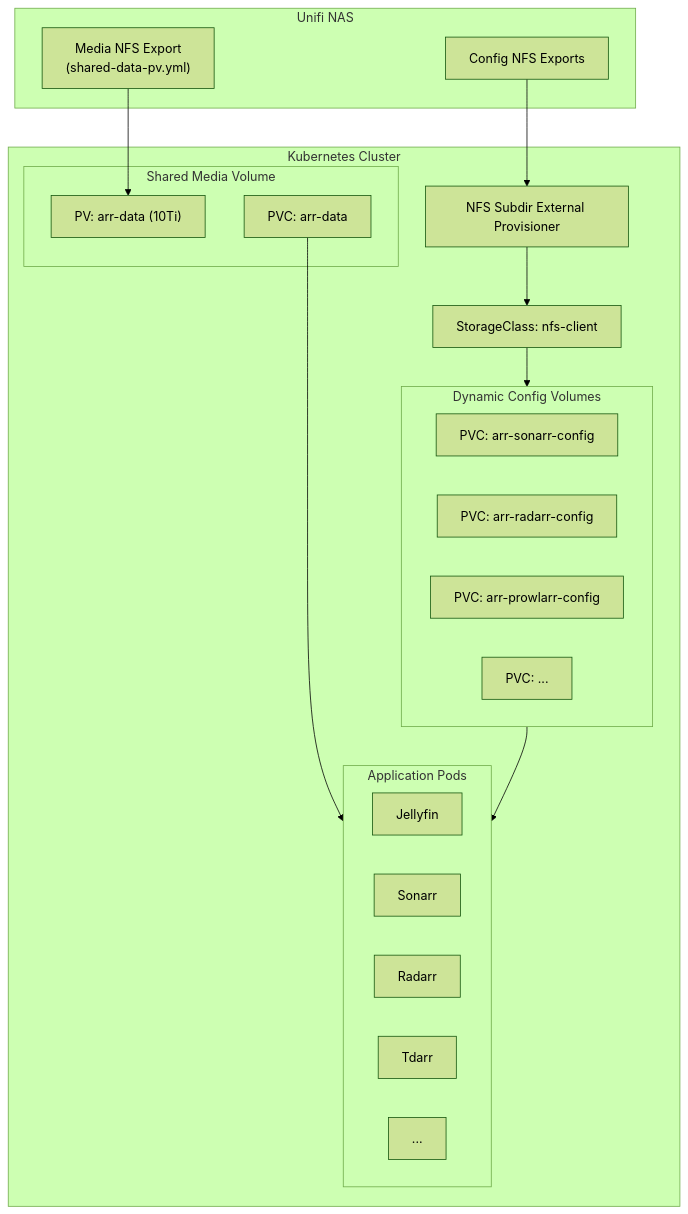
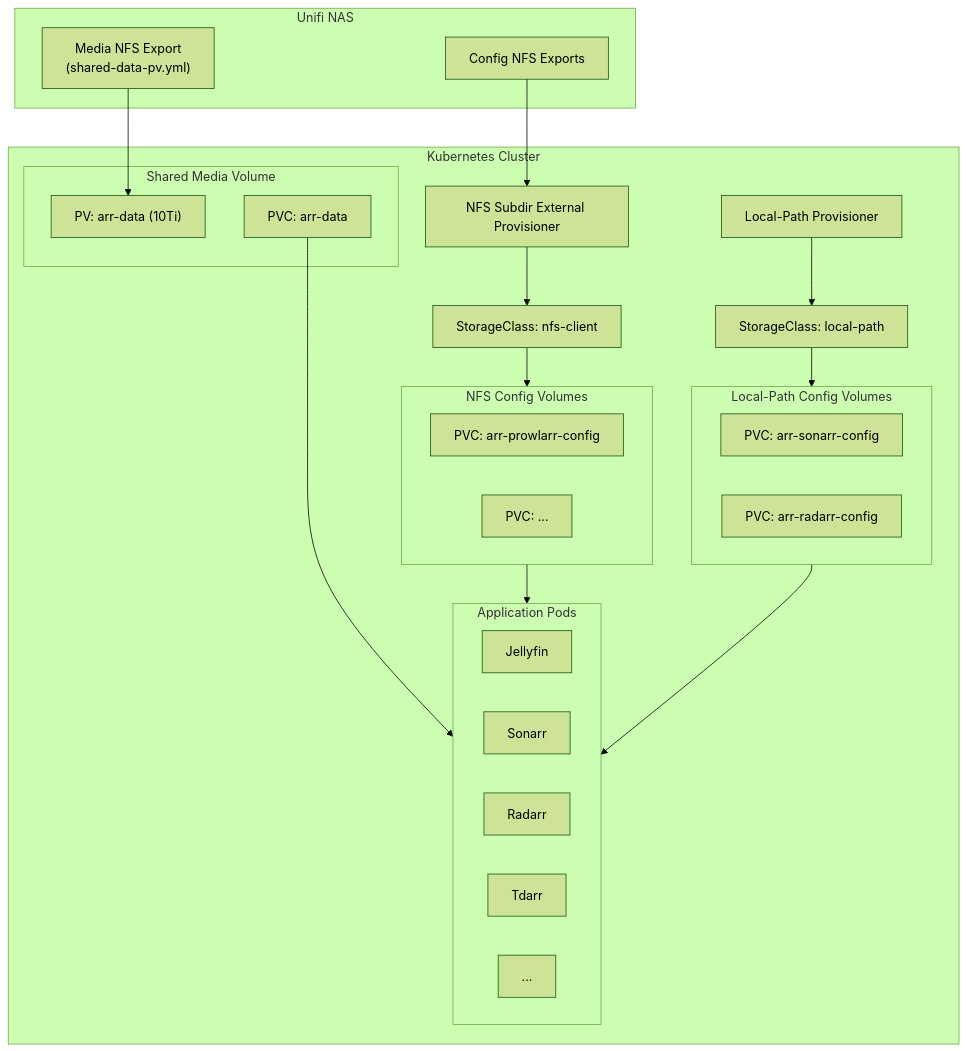
The diagram in docs/architecture/storage.md (kyleseneker/homelab), drawn with Mermaid (forest theme) before and after one commit. The commit also changed other lines of this file and 2 other files, not shown here.

Commit message:
docs: update storage ADR and architecture for local-path-provisioner

````diff
--- a/docs/architecture/storage.md
+++ b/docs/architecture/storage.md
@@ -7,39 +7,47 @@
 ```mermaid
 flowchart TD
     subgraph nas["Unifi NAS"]
         nfsExport["Media NFS Export\n(shared-data-pv.yml)"]
         configExport["Config NFS Exports"]
     end
 
     subgraph k8sCluster["Kubernetes Cluster"]
         nfsProv["NFS Subdir External Provisioner"]
+        localProv["Local-Path Provisioner"]
         scNfsClient["StorageClass: nfs-client"]
+        scLocalPath["StorageClass: local-path"]
 
         subgraph sharedVol["Shared Media Volume"]
             arrPV["PV: arr-data (10Ti)"]
             arrPVC["PVC: arr-data"]
         end
 
-        subgraph dynamicVols["Dynamic Config Volumes"]
+        subgraph nfsVols["NFS Config Volumes"]
+            prowlarrPVC["PVC: arr-prowlarr-config"]
+            otherPVC["PVC: ..."]
+        end
+
+        subgraph localVols["Local-Path Config Volumes"]
             sonarrPVC["PVC: arr-sonarr-config"]
             radarrPVC["PVC: arr-radarr-config"]
-            prowlarrPVC["PVC: arr-prowlarr-config"]
-            otherPVC["PVC: ..."]
         end
 
         subgraph appPods["Application Pods"]
             jellyfin["Jellyfin"]
             sonarr["Sonarr"]
             radarr["Radarr"]
             tdarr["Tdarr"]
             otherApps["..."]
         end
     end
 
     nfsExport --> arrPV
     configExport --> nfsProv
     nfsProv --> scNfsClient
-    scNfsClient --> dynamicVols
+    scNfsClient --> nfsVols
+    localProv --> scLocalPath
+    scLocalPath --> localVols
     arrPVC --> appPods
-    dynamicVols --> appPods
+    nfsVols --> appPods
+    localVols --> appPods
 ```
````
